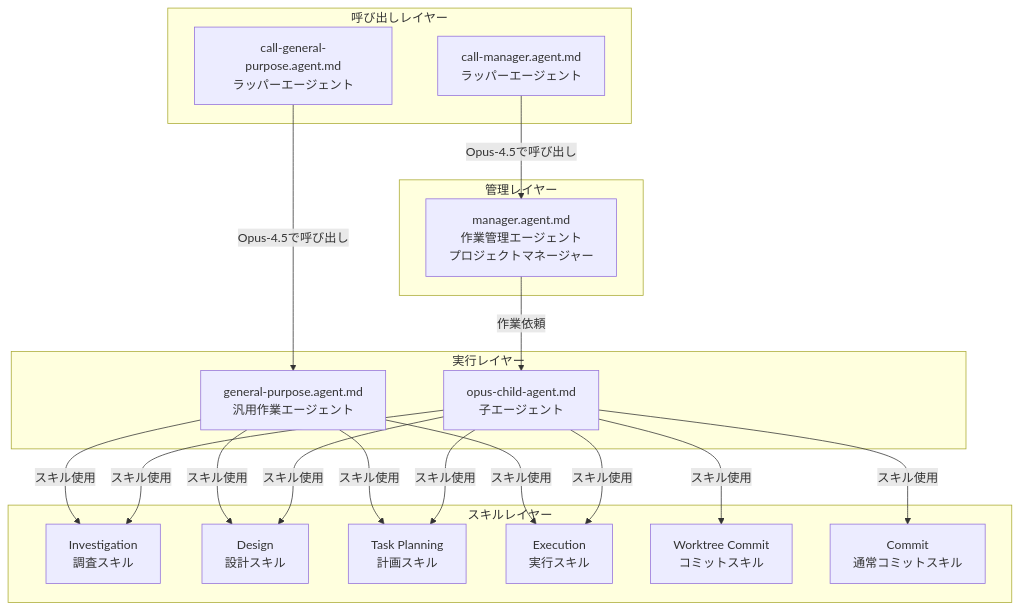
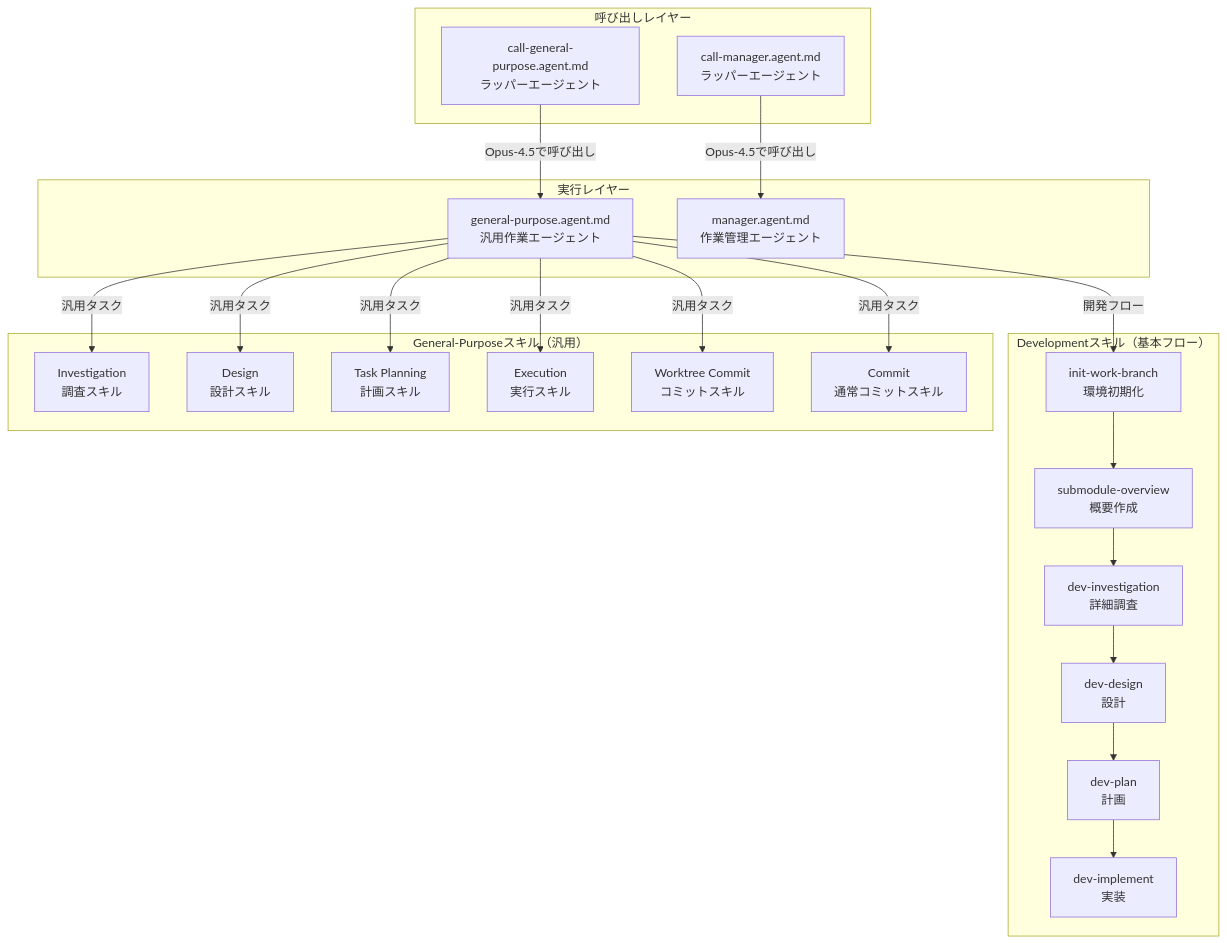
One commit to NagasakaH/dev-process changed the first of 4 diagrams in README.md. Above: the diagram before and after it, drawn with Mermaid. The commit also changed other lines of this file, not shown here.

````diff
--- a/README.md
+++ b/README.md
@@ -26,41 +31,47 @@
 ```mermaid
 graph TB
     subgraph "呼び出しレイヤー"
+        CGP[call-general-purpose.agent.md<br/>ラッパーエージェント]
         CM[call-manager.agent.md<br/>ラッパーエージェント]
-        CGP[call-general-purpose.agent.md<br/>ラッパーエージェント]
-    end
-    
-    subgraph "管理レイヤー"
-        M[manager.agent.md<br/>作業管理エージェント<br/>プロジェクトマネージャー]
     end
     
     subgraph "実行レイヤー"
         GP[general-purpose.agent.md<br/>汎用作業エージェント]
-        OC[opus-child-agent.md<br/>子エージェント]
+        M[manager.agent.md<br/>作業管理エージェント]
     end
     
-    subgraph "スキルレイヤー"
+    subgraph "Developmentスキル（基本フロー）"
+        IWB[init-work-branch<br/>環境初期化]
+        SOV[submodule-overview<br/>概要作成]
+        DIN[dev-investigation<br/>詳細調査]
+        DDE[dev-design<br/>設計]
+        DPL[dev-plan<br/>計画]
+        DIM[dev-implement<br/>実装]
+    end
+    
+    subgraph "General-Purposeスキル（汎用）"
         INV[Investigation<br/>調査スキル]
         DES[Design<br/>設計スキル]
         PLN[Task Planning<br/>計画スキル]
         EXE[Execution<br/>実行スキル]
         WTC[Worktree Commit<br/>コミットスキル]
         CMT[Commit<br/>通常コミットスキル]
     end
     
+    CGP -->|Opus-4.5で呼び出し| GP
     CM -->|Opus-4.5で呼び出し| M
-    CGP -->|Opus-4.5で呼び出し| GP
     
-    M -->|作業依頼| OC
-    GP -->|スキル使用| INV
-    GP -->|スキル使用| DES
-    GP -->|スキル使用| PLN
-    GP -->|スキル使用| EXE
+    GP -->|開発フロー| IWB
+    IWB --> SOV
+    SOV --> DIN
+    DIN --> DDE
+    DDE --> DPL
+    DPL --> DIM
     
-    OC -->|スキル使用| INV
-    OC -->|スキル使用| DES
-    OC -->|スキル使用| PLN
-    OC -->|スキル使用| EXE
-    OC -->|スキル使用| WTC
-    OC -->|スキル使用| CMT
+    GP -->|汎用タスク| INV
+    GP -->|汎用タスク| DES
+    GP -->|汎用タスク| PLN
+    GP -->|汎用タスク| EXE
+    GP -->|汎用タスク| WTC
+    GP -->|汎用タスク| CMT
 ```
````
